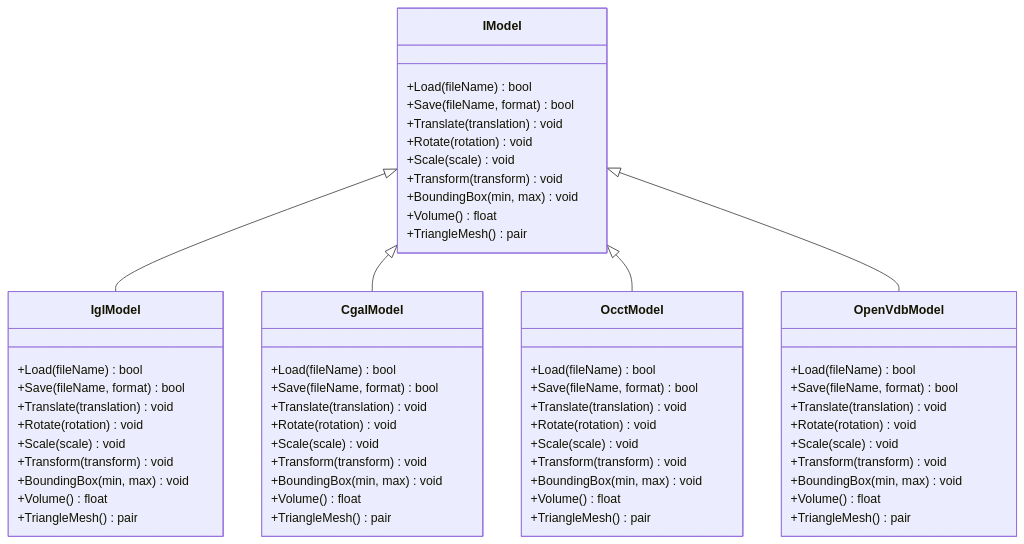
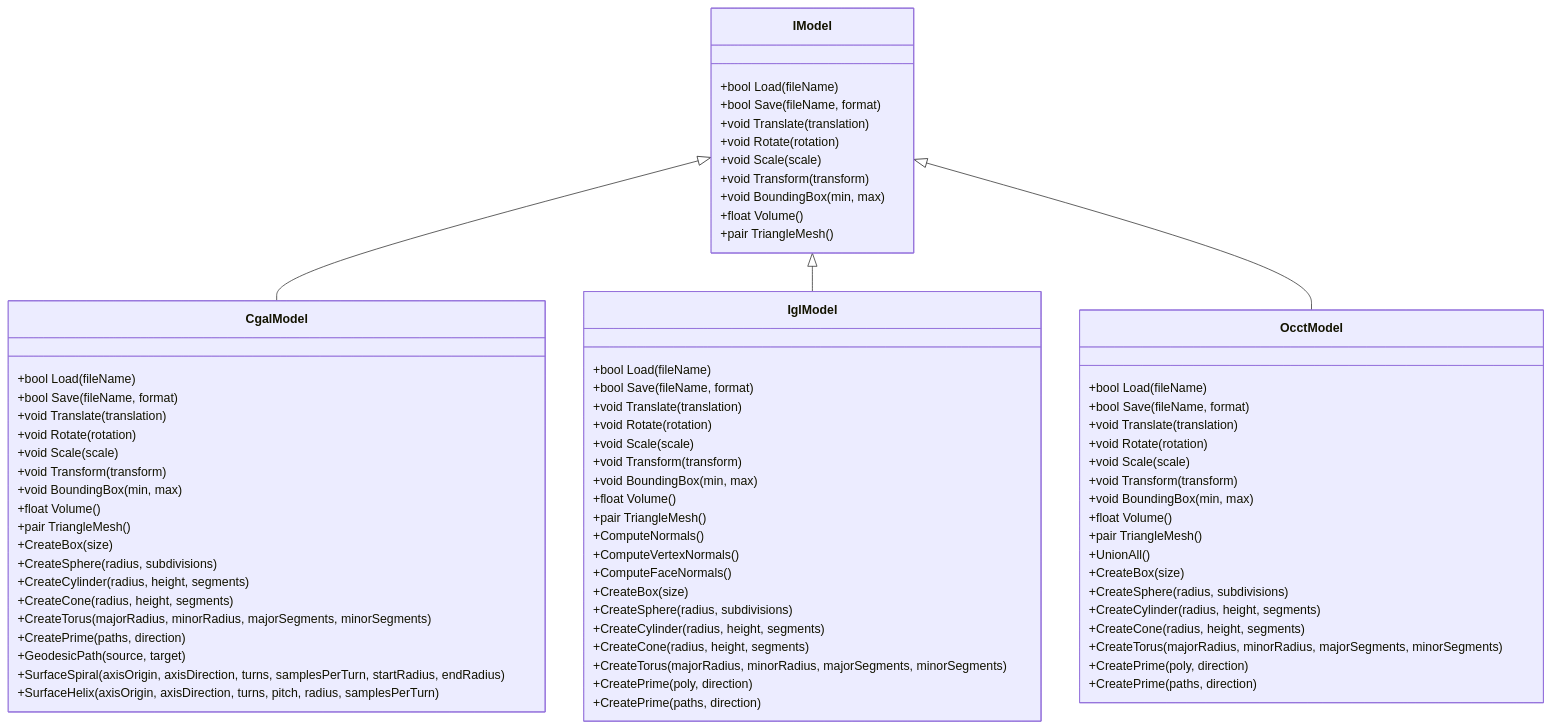
The third of 7 diagrams in .qoder/repowiki/zh/content/核心概念/核心概念.md (hsmbanlance/HsBaSlicer), drawn with Mermaid before and after one commit. The commit also changed other lines of this file and 1095 other files, not shown here.

````diff
--- a/.qoder/repowiki/zh/content/核心概念/核心概念.md
+++ b/.qoder/repowiki/zh/content/核心概念/核心概念.md
@@ -94,62 +191,77 @@
 ```mermaid
 classDiagram
 class IModel {
-+Load(fileName) bool
-+Save(fileName, format) bool
-+Translate(translation) void
-+Rotate(rotation) void
-+Scale(scale) void
-+Transform(transform) void
-+BoundingBox(min, max) void
-+Volume() float
-+TriangleMesh() pair
++bool Load(fileName)
++bool Save(fileName, format)
++void Translate(translation)
++void Rotate(rotation)
++void Scale(scale)
++void Transform(transform)
++void BoundingBox(min, max)
++float Volume()
++pair<Triangles, Faces> TriangleMesh()
+}
+class CgalModel {
++bool Load(fileName)
++bool Save(fileName, format)
++void Translate(translation)
++void Rotate(rotation)
++void Scale(scale)
++void Transform(transform)
++void BoundingBox(min, max)
++float Volume()
++pair<Triangles, Faces> TriangleMesh()
++CreateBox(size)
++CreateSphere(radius, subdivisions)
++CreateCylinder(radius, height, segments)
++CreateCone(radius, height, segments)
++CreateTorus(majorRadius, minorRadius, majorSegments, minorSegments)
++CreatePrime(paths, direction)
++GeodesicPath(source, target)
++SurfaceSpiral(axisOrigin, axisDirection, turns, samplesPerTurn, startRadius, endRadius)
++SurfaceHelix(axisOrigin, axisDirection, turns, pitch, radius, samplesPerTurn)
 }
 class IglModel {
-+Load(fileName) bool
-+Save(fileName, format) bool
-+Translate(translation) void
-+Rotate(rotation) void
-+Scale(scale) void
-+Transform(transform) void
-+BoundingBox(min, max) void
-+Volume() float
-+TriangleMesh() pair
-}
-class CgalModel {
-+Load(fileName) bool
-+Save(fileName, format) bool
-+Translate(translation) void
-+Rotate(rotation) void
-+Scale(scale) void
-+Transform(transform) void
-+BoundingBox(min, max) void
-+Volume() float
-+TriangleMesh() pair
++bool Load(fileName)
++bool Save(fileName, format)
++void Translate(translation)
++void Rotate(rotation)
++void Scale(scale)
++void Transform(transform)
++void BoundingBox(min, max)
++float Volume()
++pair<Triangles, Faces> TriangleMesh()
++ComputeNormals()
++ComputeVertexNormals()
++ComputeFaceNormals()
++CreateBox(size)
++CreateSphere(radius, subdivisions)
++CreateCylinder(radius, height, segments)
++CreateCone(radius, height, segments)
++CreateTorus(majorRadius, minorRadius, majorSegments, minorSegments)
++CreatePrime(poly, direction)
++CreatePrime(paths, direction)
 }
 class OcctModel {
-+Load(fileName) bool
-+Save(fileName, format) bool
-+Translate(translation) void
-+Rotate(rotation) void
-+Scale(scale) void
-+Transform(transform) void
-+BoundingBox(min, max) void
-+Volume() float
-+TriangleMesh() pair
++bool Load(fileName)
++bool Save(fileName, format)
++void Translate(translation)
++void Rotate(rotation)
++void Scale(scale)
++void Transform(transform)
++void BoundingBox(min, max)
++float Volume()
++pair<Triangles, Faces> TriangleMesh()
++UnionAll()
++CreateBox(size)
++CreateSphere(radius, subdivisions)
++CreateCylinder(radius, height, segments)
++CreateCone(radius, height, segments)
++CreateTorus(majorRadius, minorRadius, majorSegments, minorSegments)
++CreatePrime(poly, direction)
++CreatePrime(paths, direction)
 }
-class OpenVdbModel {
-+Load(fileName) bool
-+Save(fileName, format) bool
-+Translate(translation) void
-+Rotate(rotation) void
-+Scale(scale) void
-+Transform(transform) void
-+BoundingBox(min, max) void
-+Volume() float
-+TriangleMesh() pair
-}
+IModel <|-- CgalModel
 IModel <|-- IglModel
-IModel <|-- CgalModel
 IModel <|-- OcctModel
-IModel <|-- OpenVdbModel
 ```
````
